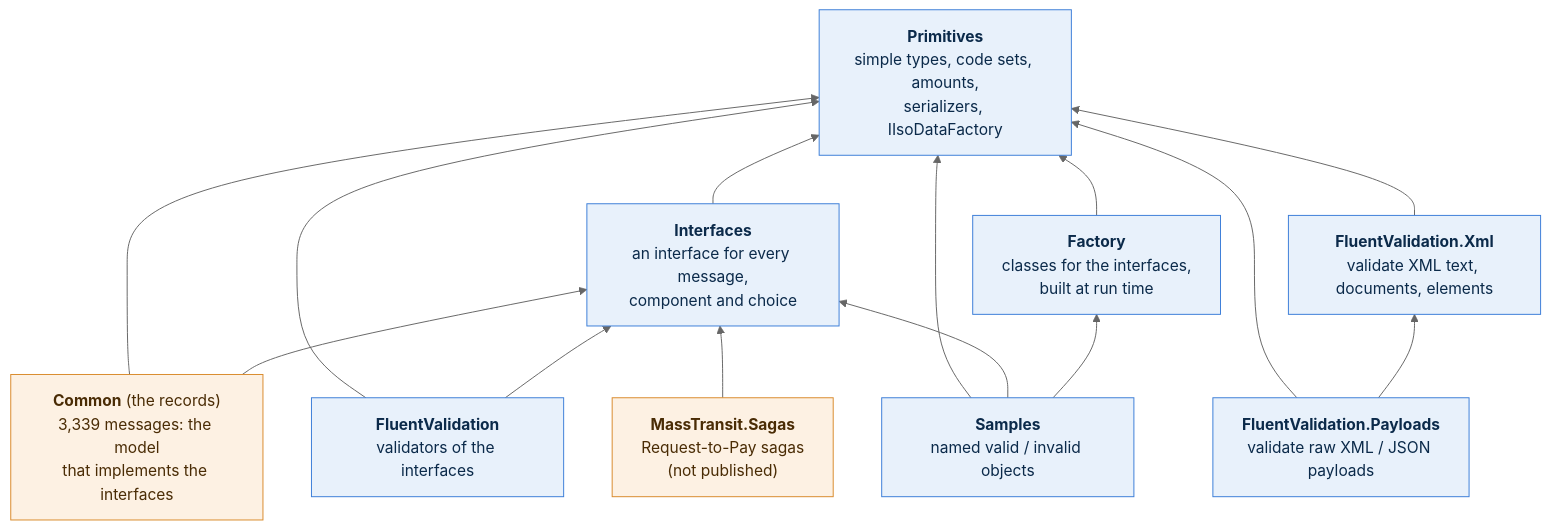
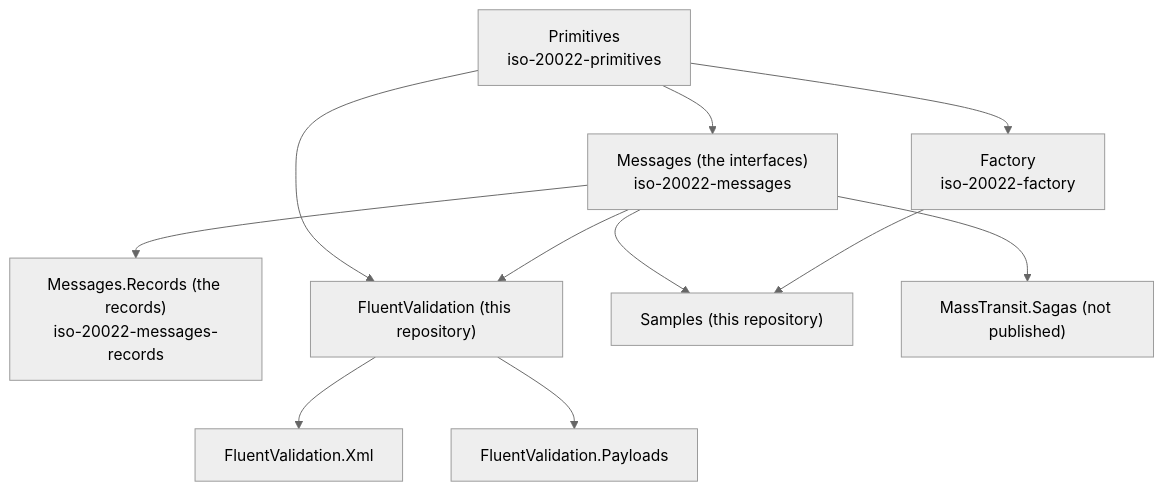
One commit to Beneficial-Strategies/Iso20022Library changed the diagram in doc/Package-Dependencies.md. Above: the diagram before and after it, drawn with Mermaid (neutral theme). The commit also changed other lines of this file and 68570 other files, not shown here.

First line of the commit message:
Retire Common: the records are BeneficialStrategies.Iso20022.Messages.Records (#106)Ex

````diff
--- a/doc/Package-Dependencies.md
+++ b/doc/Package-Dependencies.md
@@ -11,32 +5,13 @@
 ```mermaid
-flowchart BT
-    classDef std fill:#e8f1fb,stroke:#3b7dd8,color:#0b2a4a
-    classDef net fill:#fdf1e3,stroke:#d98a2b,color:#4a2c05
-    classDef wip stroke-dasharray: 5 3
-
-    P["<b>Primitives</b><br/>simple types, code sets, amounts,<br/>serializers, IIsoDataFactory"]:::std
-
-    I["<b>Interfaces</b><br/>an interface for every message,<br/>component and choice"]:::std
-    C["<b>Common</b> (the records)<br/>3,339 messages: the model<br/>that implements the interfaces"]:::net
-
-    V["<b>FluentValidation</b><br/>validators of the interfaces"]:::std
-    X["<b>FluentValidation.Xml</b><br/>validate XML text, documents, elements"]:::std
-    PL["<b>FluentValidation.Payloads</b><br/>validate raw XML / JSON payloads"]:::std
-    F["<b>Factory</b><br/>classes for the interfaces,<br/>built at run time"]:::std
-    S["<b>Samples</b><br/>named valid / invalid objects"]:::std
-    M["<b>MassTransit.Sagas</b><br/>Request-to-Pay sagas<br/>(not published)"]:::net
-
-    I --> P
-    C --> P
-    C --> I
-    V --> P
-    V --> I
-    X --> P
-    PL --> P
-    PL --> X
-    F --> P
-    S --> P
-    S --> I
-    S --> F
-    M --> I
+flowchart TD
+    P["Primitives<br/>iso-20022-primitives"] --> F["Factory<br/>iso-20022-factory"]
+    P --> M["Messages (the interfaces)<br/>iso-20022-messages"]
+    M --> R["Messages.Records (the records)<br/>iso-20022-messages-records"]
+    M --> V["FluentValidation (this repository)"]
+    P --> V
+    V --> X["FluentValidation.Xml"]
+    V --> L["FluentValidation.Payloads"]
+    F --> S["Samples (this repository)"]
+    M --> S
+    M --> G["MassTransit.Sagas (not published)"]
 ```
````
